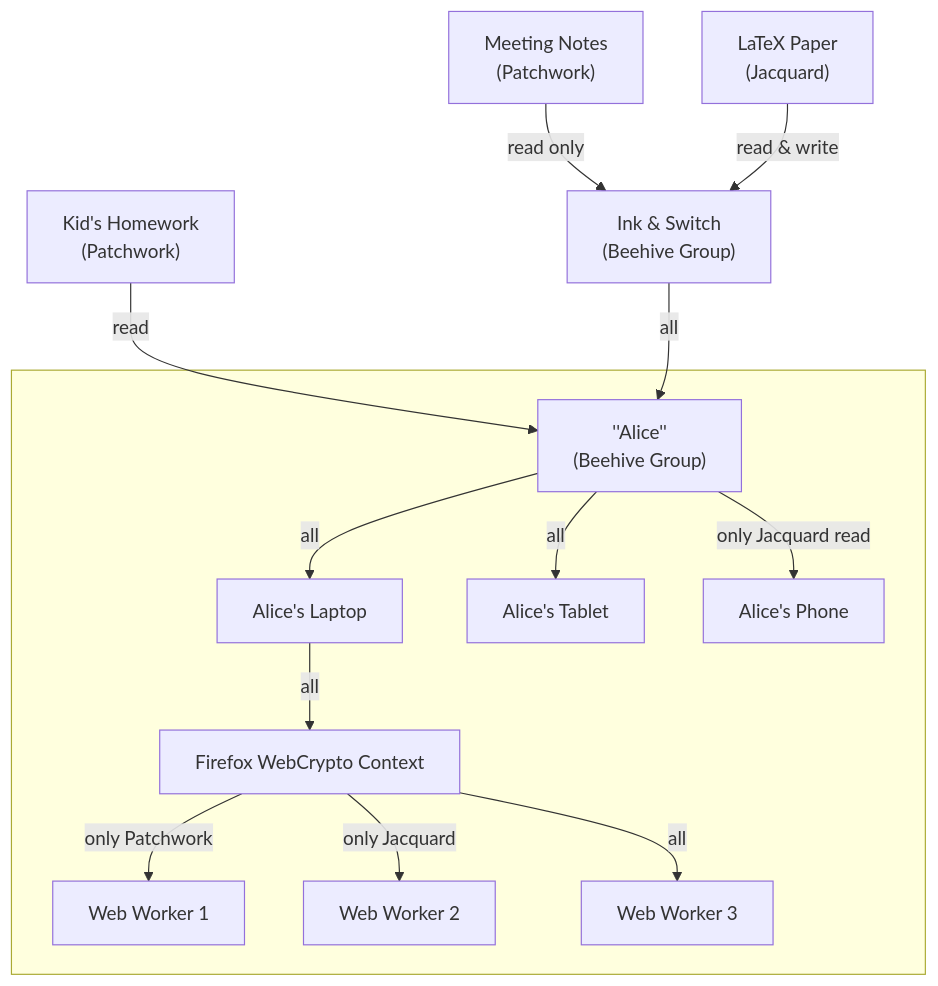
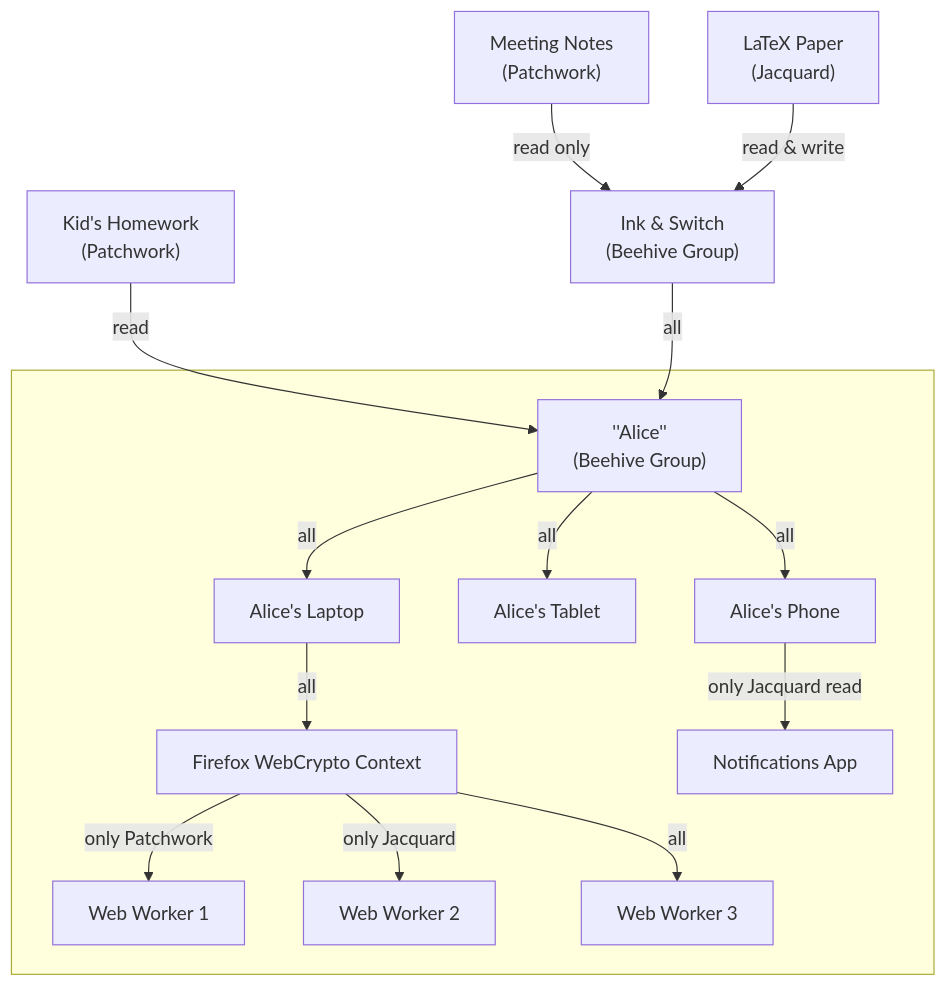
The eighth of 8 diagrams in design/group_membership.md (inkandswitch/keyhive), drawn with Mermaid before and after one commit. The commit also changed other lines of this file, not shown here.

````diff
--- a/design/group_membership.md
+++ b/design/group_membership.md
@@ -381,30 +366,30 @@
 ```mermaid
 flowchart TB
 
     doc1["Meeting Notes\n(Patchwork)"] -->|read only| ias
     doc2["LaTeX Paper\n(Jacquard)"] -->|read & write| ias
     doc3["Kid's Homework\n(Patchwork)"] -->|read| alice
 
     ias["Ink & Switch\n(Beehive Group)"] -->|all| alice
 
     subgraph alicedomain[" "]
         alice["''Alice''\n(Beehive Group)"]
 
         aliceLaptop[Alice's Laptop]
         aliceTablet[Alice's Tablet]
         alicePhone[Alice's Phone]
         
         aliceFirefox[Firefox WebCrypto Context]
         aliceWebWorker1[Web Worker 1]
         aliceWebWorker2[Web Worker 2]
         aliceWebWorker3[Web Worker 3]
 
         alice -->|all| aliceLaptop -->|all| aliceFirefox
         aliceFirefox -->|only Patchwork| aliceWebWorker1
         aliceFirefox -->|only Jacquard| aliceWebWorker2
         aliceFirefox -->|all| aliceWebWorker3
         
         alice -->|all| aliceTablet
-        alice -->|only Jacquard read| alicePhone
+        alice -->|all| alicePhone -->|only Jacquard read| NotificationsApp[Notifications App]
     end
 ```
````
